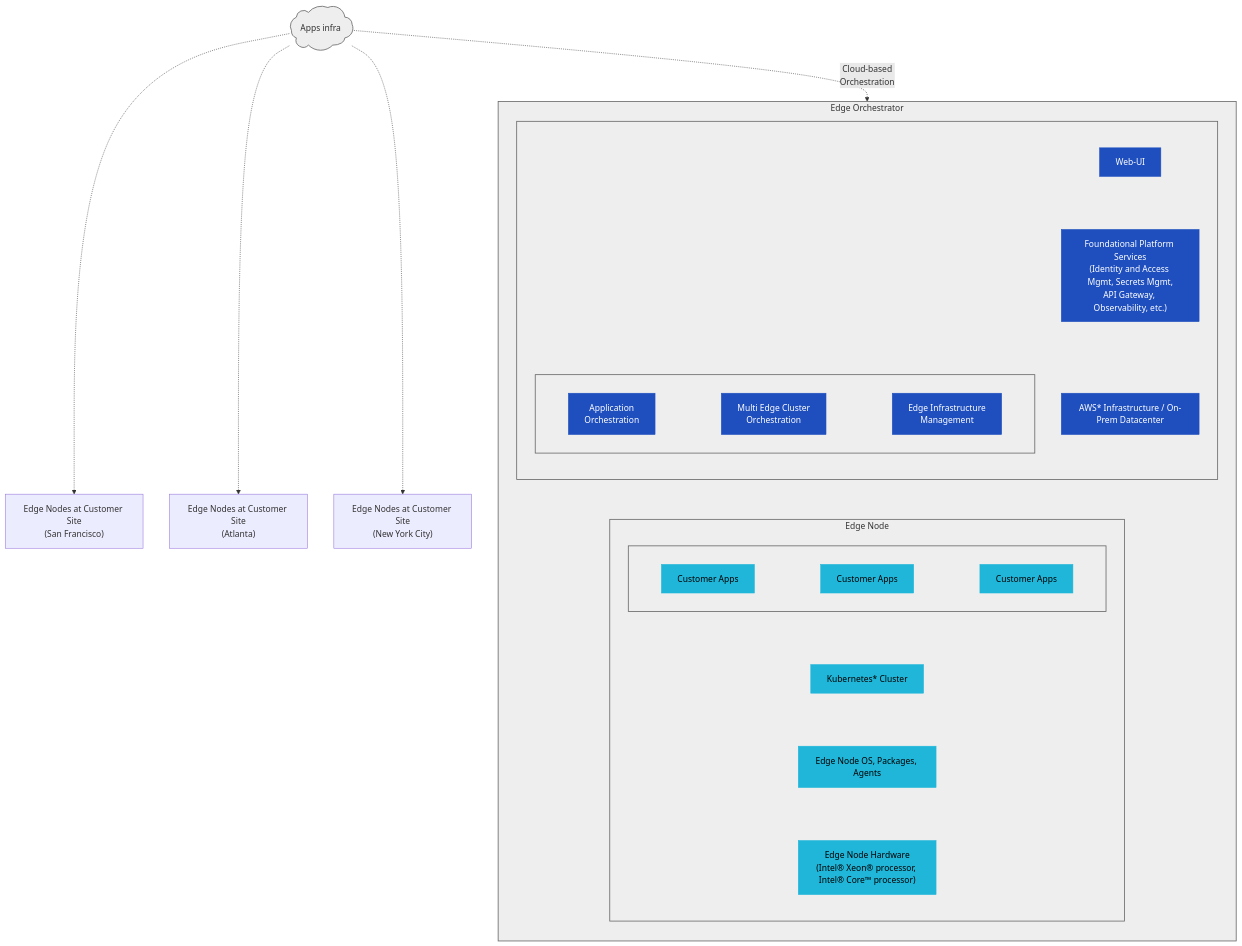
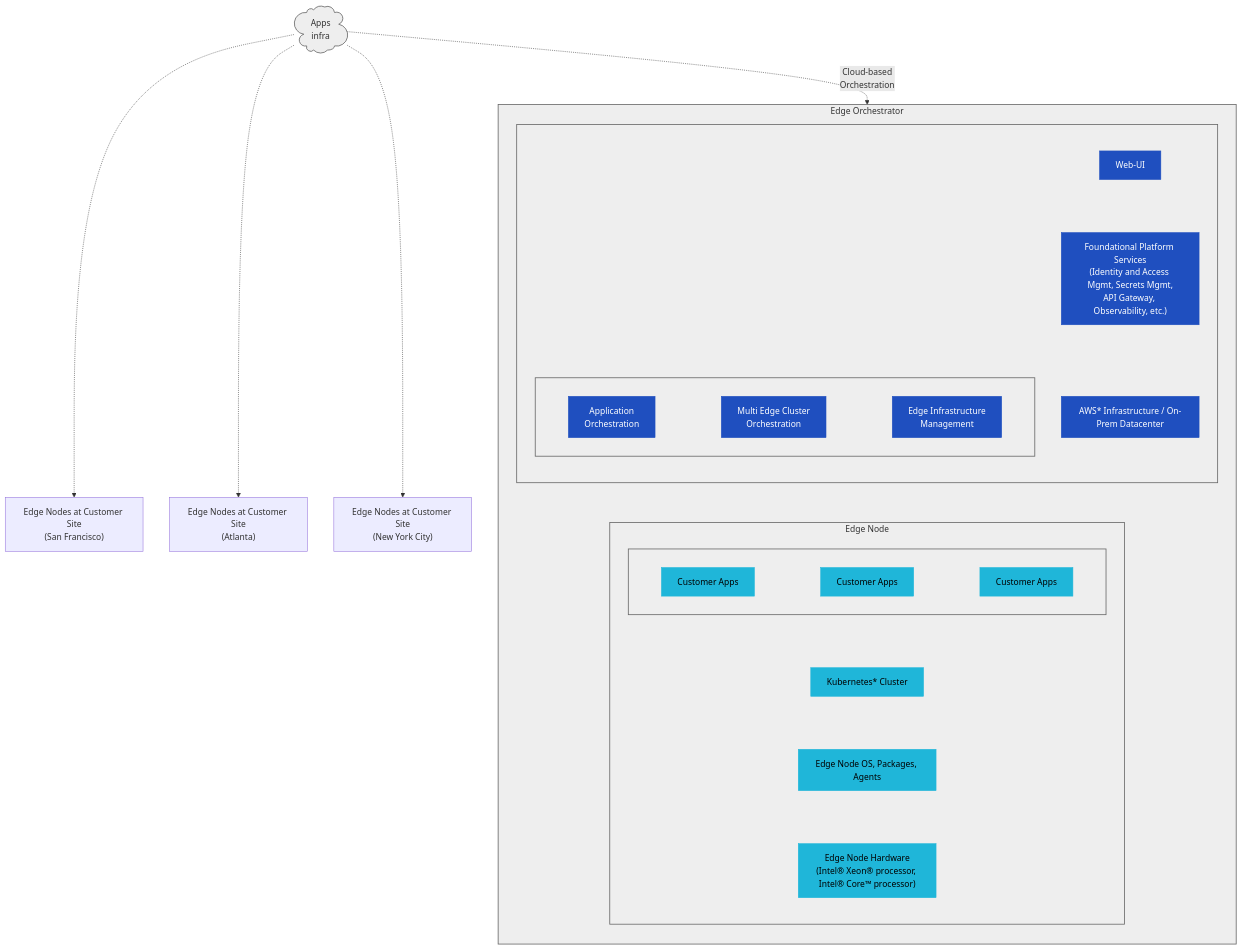
Before and after one commit to open-edge-platform/edge-manageability-framework: the third of 3 diagrams in John.md, drawn with Mermaid.

````diff
--- a/John.md
+++ b/John.md
@@ -17,76 +17,76 @@
 ```mermaid
 flowchart TD
 
     %% LEFT: Cloud
  
-    Cloud@{ shape: cloud, label: "Apps infra"  }
+    Cloud@{ shape: cloud, label: "Apps \n infra"  }
  
  
 
     %% EDGE SITES
     SF["Edge Nodes at Customer Site<br>(San Francisco)"]
     ATL["Edge Nodes at Customer Site<br>(Atlanta)"]
     NYC["Edge Nodes at Customer Site<br>(New York City)"]
 
     Cloud -.-> SF
     Cloud -.-> ATL
     Cloud -.-> NYC
 
     %% RIGHT SIDE
     subgraph EO["Edge Orchestrator"]
         direction TB
         subgraph Orch[" "]
         direction TB
         WebUI[Web-UI]
 
         subgraph OrchestrationLayer[" "]
             direction LR
             AppOrch["Application<br>Orchestration"] ~~~
             ClusterOrch["Multi Edge Cluster<br>Orchestration"] ~~~
             InfraMgmt["Edge Infrastructure<br>Management"] 
         end
 
         Platform["Foundational Platform Services<br/>(Identity and Access Mgmt, Secrets Mgmt,<br/>API Gateway, Observability, etc.)"]
 
         AWS[AWS* Infrastructure / On-Prem Datacenter]
 end
         %% EDGE NODE
 
         subgraph EdgeNode["Edge Node"]
             direction TB
             subgraph AppsRow[" "]
                 direction LR
                 CA1[Customer Apps] ~~~
                 CA2[Customer Apps] ~~~
                 CA3[Customer Apps]
             end
 
             K8s[Kubernetes* Cluster]
             OS[Edge Node OS, Packages, Agents]
             HW["Edge Node Hardware<br/>(Intel® Xeon® processor, Intel® Core™ processor)"]
 
             %% Invisible ordering inside Edge Node
             AppsRow ~~~ K8s
             K8s ~~~ OS
             OS ~~~ HW
         end
         %% Invisible ordering inside EO
         WebUI ~~~ Orch
         Orch ~~~ Platform
         Platform ~~~ AWS
         AWS ~~~ EdgeNode
     end
 
 
     Cloud -.-> |"Cloud-based<br>Orchestration"|EO
 
 
     %% Styling
     classDef grey fill:#eeeeee,stroke:#666,stroke-width:1.5px
     classDef blue fill:#1f4fbf,color:#fff,stroke:#1f4fbf;
     classDef lightblue fill:#1fb6d9,color:#000,stroke:#1fb6d9;
 
     class EO,EdgeNode,AppsRow,Orch,OrchestrationLayer,Cloud grey;
     class WebUI,AppOrch,ClusterOrch,InfraMgmt,Platform,AWS blue;
     class CA1,CA2,CA3,K8s,OS,HW lightblue;
 ```
````
